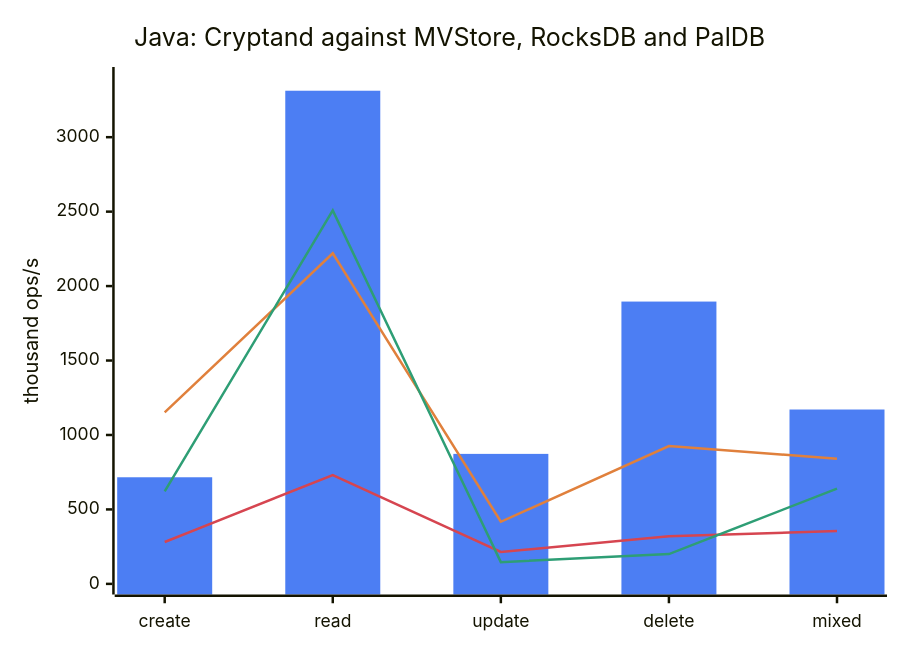
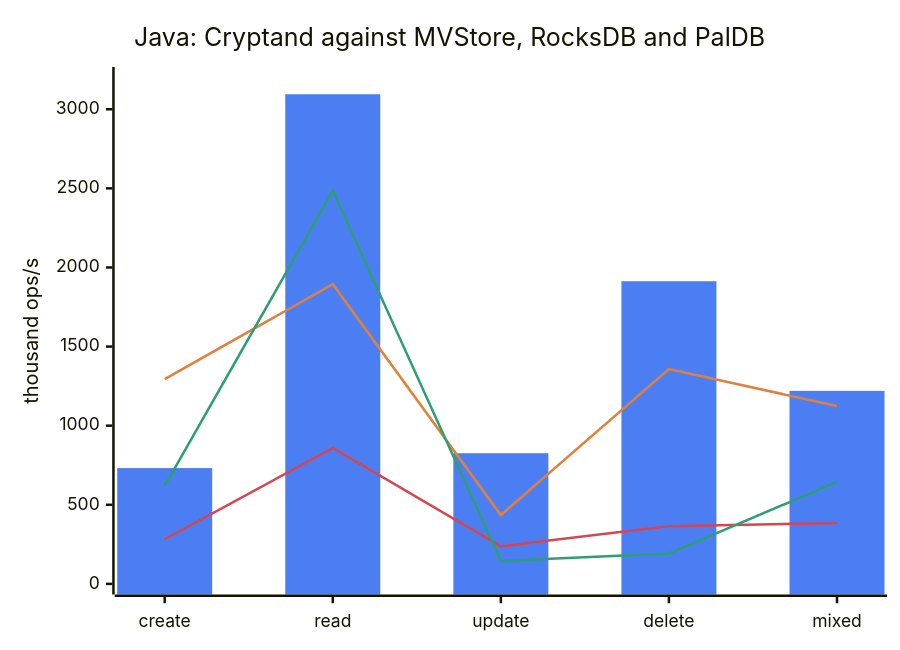
One commit to nitrite/cryptand changed the second of 4 diagrams in reference/bench/RESULTS.md. Above: the diagram before and after it, drawn with Mermaid. The commit also changed other lines of this file and 34 other files, not shown here.

````diff
--- a/reference/bench/RESULTS.md
+++ b/reference/bench/RESULTS.md
@@ -84,11 +61,11 @@
 ```mermaid
 %%{init: {"themeVariables": {"xyChart": {"plotColorPalette": "#4C7EF3, #E0803C, #D64550, #2E9E75"}}}}%%
 xychart-beta
     title "Java: Cryptand against MVStore, RocksDB and PalDB"
     x-axis ["create", "read", "update", "delete", "mixed"]
-    y-axis "thousand ops/s" 0 --> 3400
-    bar "cryptand" [716, 3312, 873, 1896, 1171]
-    line "mvstore" [1152, 2220, 417, 926, 841]
-    line "rocksdb" [281, 731, 214, 320, 355]
-    line "paldb" [621, 2508, 146, 200, 640]
+    y-axis "thousand ops/s" 0 --> 3200
+    bar "cryptand" [732, 3095, 826, 1913, 1220]
+    line "mvstore" [1294, 1894, 435, 1358, 1124]
+    line "rocksdb" [282, 859, 237, 365, 384]
+    line "paldb" [619, 2486, 145, 192, 645]
 ```
````
